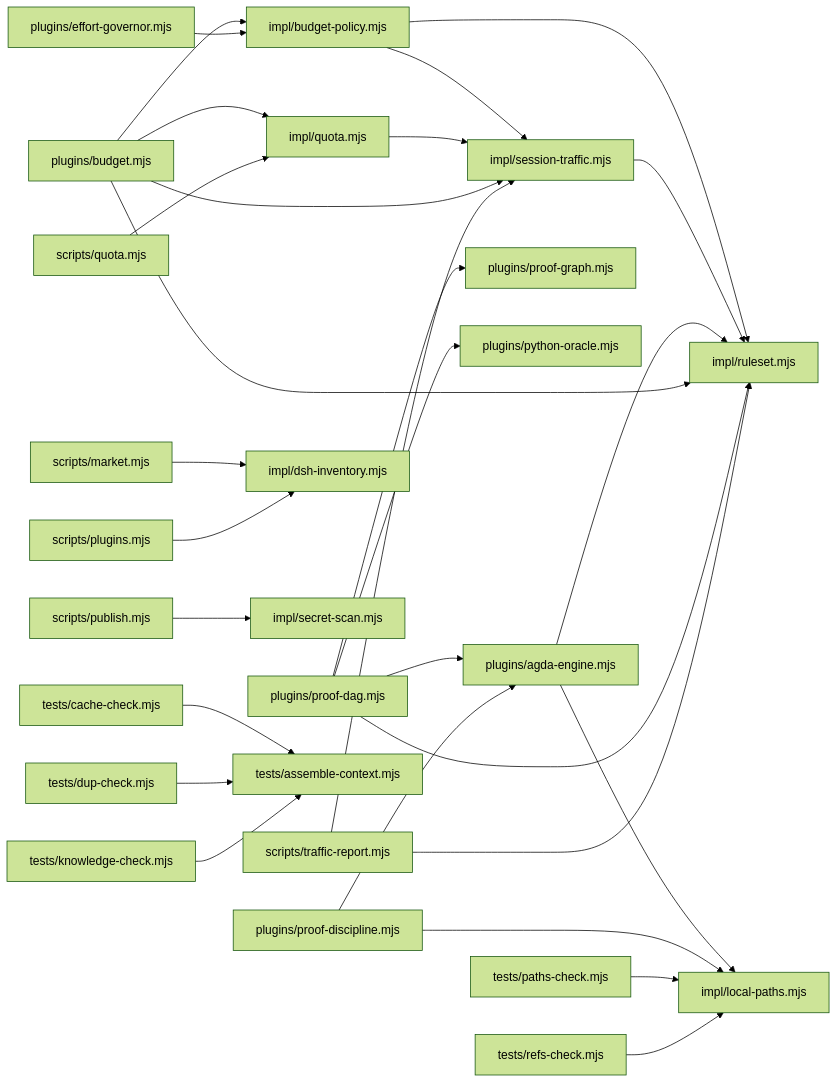
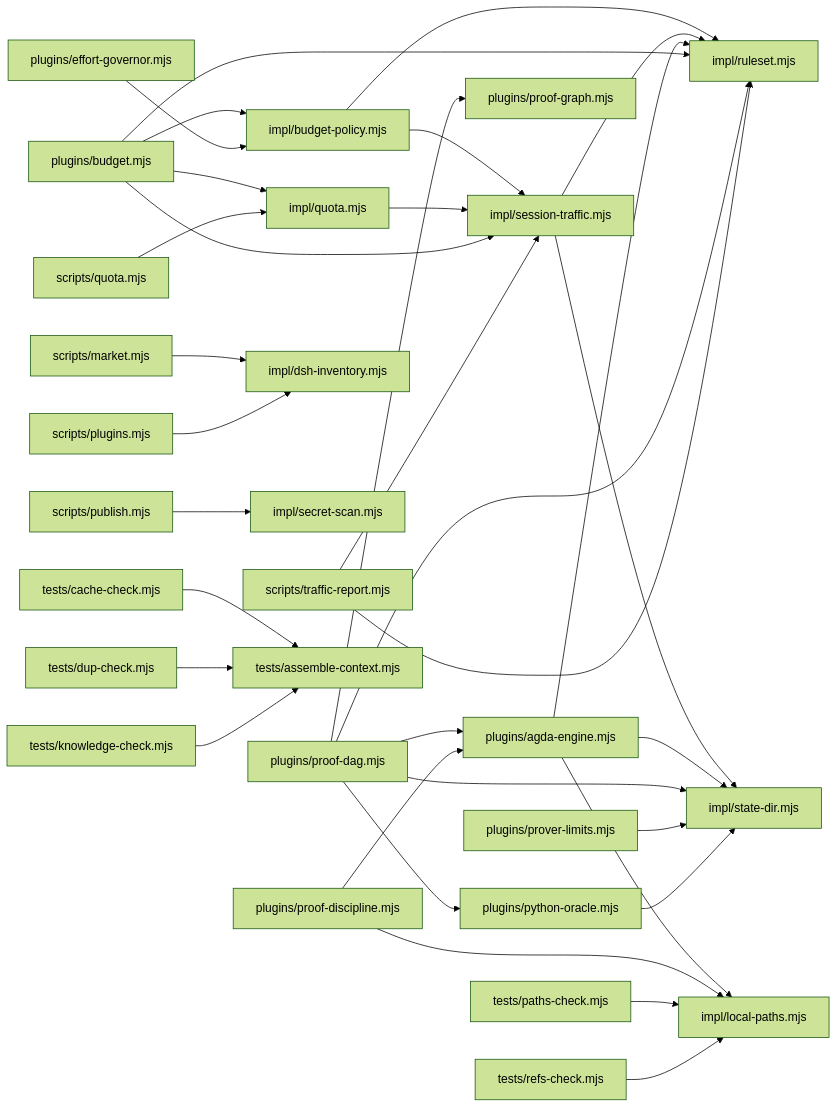
Before and after one commit to clearnature/dsh-math-proof: the diagram in math-proof/docs/maps/M2-dependency.md, drawn with Mermaid (forest theme). The commit also changed other lines of this file and 15 other files, not shown here.

First line of the commit message:
fix(state): 状态目录唯一实现（MATH_PROOF_STATE_DIR）+ 修掉「本机红 CI 绿」的测试污染

````diff
--- a/math-proof/docs/maps/M2-dependency.md
+++ b/math-proof/docs/maps/M2-dependency.md
@@ -56,31 +56,36 @@
 ```mermaid
 graph LR
   impl_budget-policy_mjs["impl/budget-policy.mjs"] --> impl_ruleset_mjs["impl/ruleset.mjs"]
   impl_budget-policy_mjs["impl/budget-policy.mjs"] --> impl_session-traffic_mjs["impl/session-traffic.mjs"]
   impl_quota_mjs["impl/quota.mjs"] --> impl_session-traffic_mjs["impl/session-traffic.mjs"]
   impl_session-traffic_mjs["impl/session-traffic.mjs"] --> impl_ruleset_mjs["impl/ruleset.mjs"]
+  impl_session-traffic_mjs["impl/session-traffic.mjs"] --> impl_state-dir_mjs["impl/state-dir.mjs"]
   plugins_agda-engine_mjs["plugins/agda-engine.mjs"] --> impl_local-paths_mjs["impl/local-paths.mjs"]
   plugins_agda-engine_mjs["plugins/agda-engine.mjs"] --> impl_ruleset_mjs["impl/ruleset.mjs"]
+  plugins_agda-engine_mjs["plugins/agda-engine.mjs"] --> impl_state-dir_mjs["impl/state-dir.mjs"]
   plugins_budget_mjs["plugins/budget.mjs"] --> impl_budget-policy_mjs["impl/budget-policy.mjs"]
   plugins_budget_mjs["plugins/budget.mjs"] --> impl_quota_mjs["impl/quota.mjs"]
   plugins_budget_mjs["plugins/budget.mjs"] --> impl_ruleset_mjs["impl/ruleset.mjs"]
   plugins_budget_mjs["plugins/budget.mjs"] --> impl_session-traffic_mjs["impl/session-traffic.mjs"]
   plugins_effort-governor_mjs["plugins/effort-governor.mjs"] --> impl_budget-policy_mjs["impl/budget-policy.mjs"]
   plugins_proof-dag_mjs["plugins/proof-dag.mjs"] --> impl_ruleset_mjs["impl/ruleset.mjs"]
+  plugins_proof-dag_mjs["plugins/proof-dag.mjs"] --> impl_state-dir_mjs["impl/state-dir.mjs"]
   plugins_proof-dag_mjs["plugins/proof-dag.mjs"] --> plugins_agda-engine_mjs["plugins/agda-engine.mjs"]
   plugins_proof-dag_mjs["plugins/proof-dag.mjs"] --> plugins_proof-graph_mjs["plugins/proof-graph.mjs"]
   plugins_proof-dag_mjs["plugins/proof-dag.mjs"] --> plugins_python-oracle_mjs["plugins/python-oracle.mjs"]
   plugins_proof-discipline_mjs["plugins/proof-discipline.mjs"] --> impl_local-paths_mjs["impl/local-paths.mjs"]
   plugins_proof-discipline_mjs["plugins/proof-discipline.mjs"] --> plugins_agda-engine_mjs["plugins/agda-engine.mjs"]
+  plugins_prover-limits_mjs["plugins/prover-limits.mjs"] --> impl_state-dir_mjs["impl/state-dir.mjs"]
+  plugins_python-oracle_mjs["plugins/python-oracle.mjs"] --> impl_state-dir_mjs["impl/state-dir.mjs"]
   scripts_market_mjs["scripts/market.mjs"] --> impl_dsh-inventory_mjs["impl/dsh-inventory.mjs"]
   scripts_plugins_mjs["scripts/plugins.mjs"] --> impl_dsh-inventory_mjs["impl/dsh-inventory.mjs"]
   scripts_publish_mjs["scripts/publish.mjs"] --> impl_secret-scan_mjs["impl/secret-scan.mjs"]
   scripts_quota_mjs["scripts/quota.mjs"] --> impl_quota_mjs["impl/quota.mjs"]
   scripts_traffic-report_mjs["scripts/traffic-report.mjs"] --> impl_ruleset_mjs["impl/ruleset.mjs"]
   scripts_traffic-report_mjs["scripts/traffic-report.mjs"] --> impl_session-traffic_mjs["impl/session-traffic.mjs"]
   tests_cache-check_mjs["tests/cache-check.mjs"] --> tests_assemble-context_mjs["tests/assemble-context.mjs"]
   tests_dup-check_mjs["tests/dup-check.mjs"] --> tests_assemble-context_mjs["tests/assemble-context.mjs"]
   tests_knowledge-check_mjs["tests/knowledge-check.mjs"] --> tests_assemble-context_mjs["tests/assemble-context.mjs"]
   tests_paths-check_mjs["tests/paths-check.mjs"] --> impl_local-paths_mjs["impl/local-paths.mjs"]
   tests_refs-check_mjs["tests/refs-check.mjs"] --> impl_local-paths_mjs["impl/local-paths.mjs"]
 ```
````
